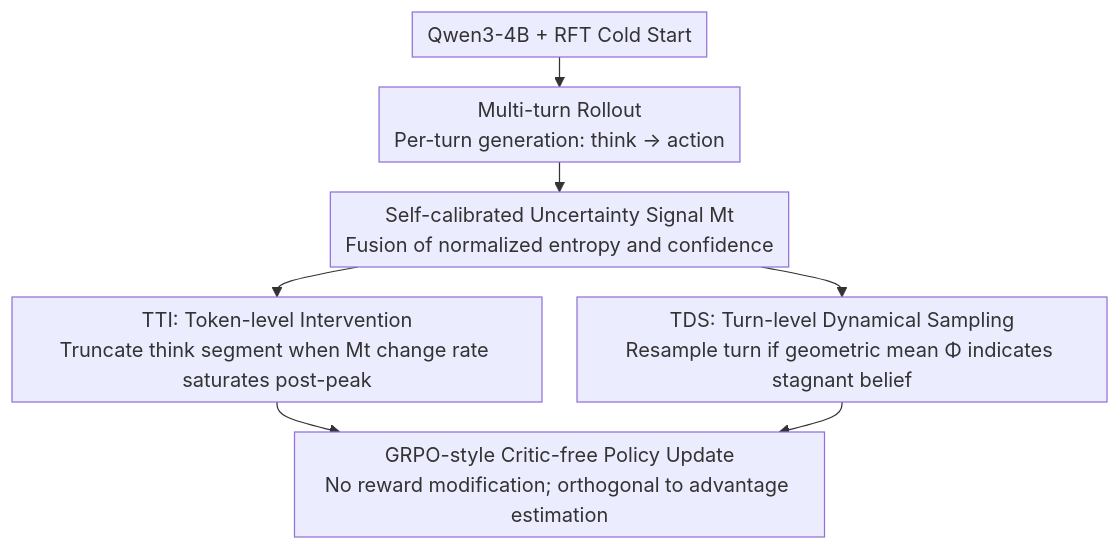
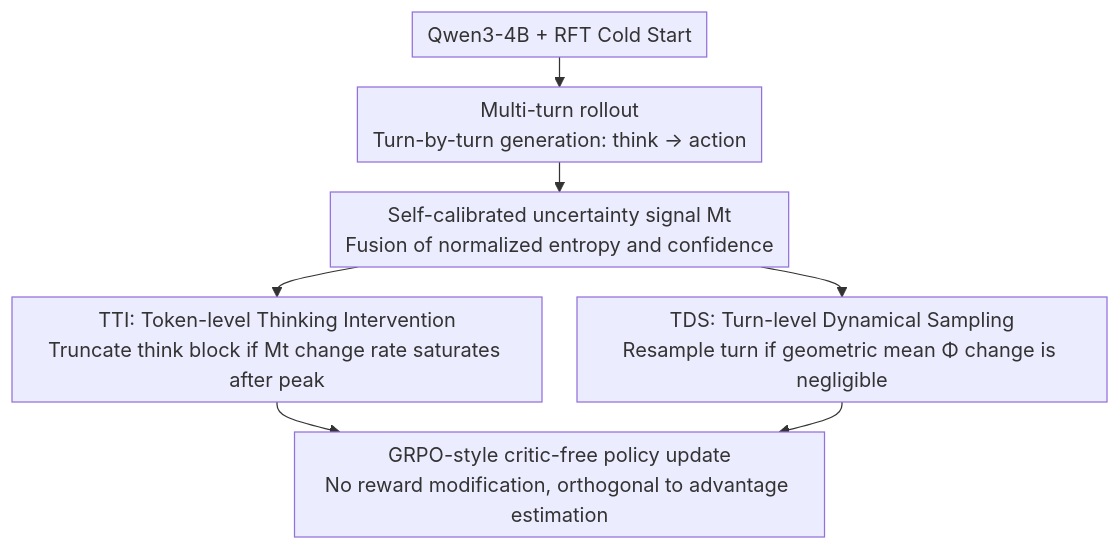
The diagram in docs/ICML2026/llm_nlp/t2po_uncertainty-guided_exploration_control_for_stable_multi-turn_agentic_reinfo.md (zhaoyang97/Paper-Notes-en), drawn with Mermaid before and after one commit. The commit also changed other lines of this file and 5084 other files, not shown here.

````diff
--- a/docs/ICML2026/llm_nlp/t2po_uncertainty-guided_exploration_control_for_stable_multi-turn_agentic_reinfo.md
+++ b/docs/ICML2026/llm_nlp/t2po_uncertainty-guided_exploration_control_for_stable_multi-turn_agentic_reinfo.md
@@ -42,10 +42,10 @@
 ```mermaid
 %%{init: {'flowchart': {'rankSpacing': 24, 'nodeSpacing': 28, 'padding': 6, 'wrappingWidth': 400}}}%%
 flowchart TD
-    A["Qwen3-4B + RFT Cold Start"] --> B["Multi-turn Rollout<br/>Per-turn generation: think → action"]
-    B --> C["Self-calibrated Uncertainty Signal Mt<br/>Fusion of normalized entropy and confidence"]
-    C --> D["TTI: Token-level Intervention<br/>Truncate think segment when Mt change rate saturates post-peak"]
-    C --> E["TDS: Turn-level Dynamical Sampling<br/>Resample turn if geometric mean Φ indicates stagnant belief"]
-    D --> F["GRPO-style Critic-free Policy Update<br/>No reward modification; orthogonal to advantage estimation"]
+    A["Qwen3-4B + RFT Cold Start"] --> B["Multi-turn rollout<br/>Turn-by-turn generation: think → action"]
+    B --> C["Self-calibrated uncertainty signal Mt<br/>Fusion of normalized entropy and confidence"]
+    C --> D["TTI: Token-level Thinking Intervention<br/>Truncate think block if Mt change rate saturates after peak"]
+    C --> E["TDS: Turn-level Dynamical Sampling<br/>Resample turn if geometric mean Φ change is negligible"]
+    D --> F["GRPO-style critic-free policy update<br/>No reward modification, orthogonal to advantage estimation"]
     E --> F
 ```
````
